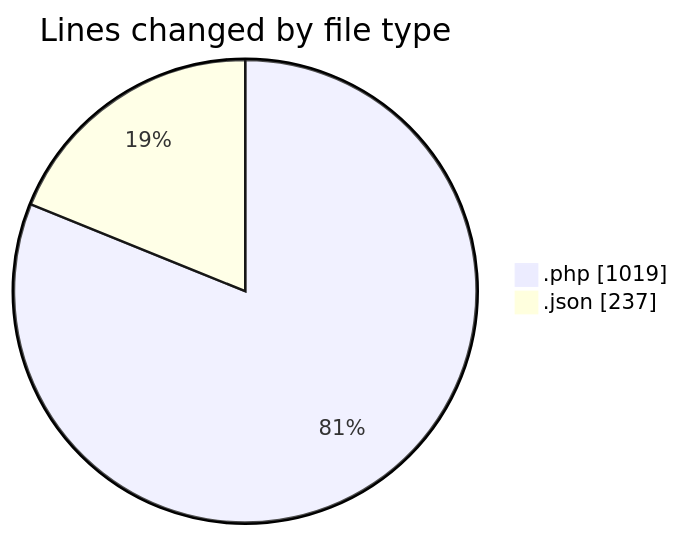
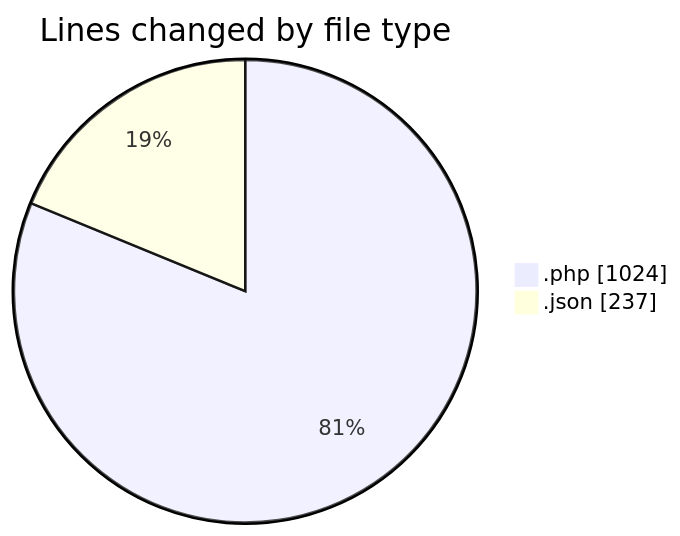
Before and after one commit to idhammustaqopulfikri/code-tracking: the first of 2 diagrams in 2025-06-16/studio-backend/README.md, drawn with Mermaid. The commit also changed other lines of this file and 1 other file, not shown here.

````diff
--- a/2025-06-16/studio-backend/README.md
+++ b/2025-06-16/studio-backend/README.md
@@ -24,6 +24,6 @@
 ```mermaid
 pie showData
 title Lines changed by file type
-".php" : 1019
+".php" : 1024
 ".json" : 237
 ```
````
